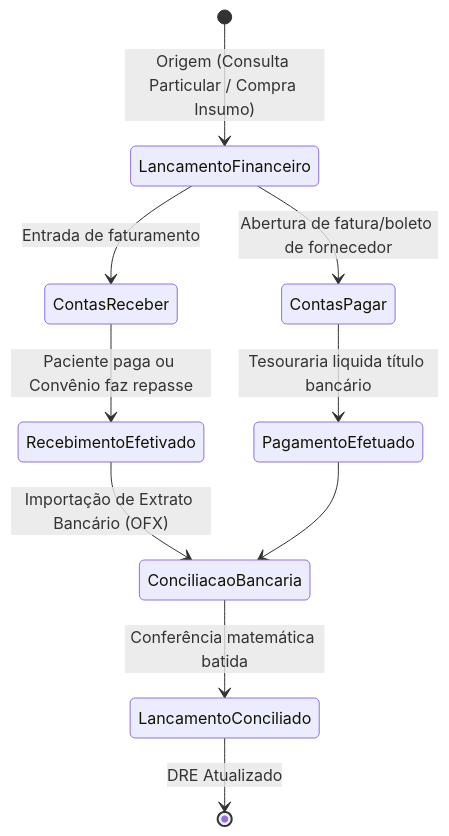
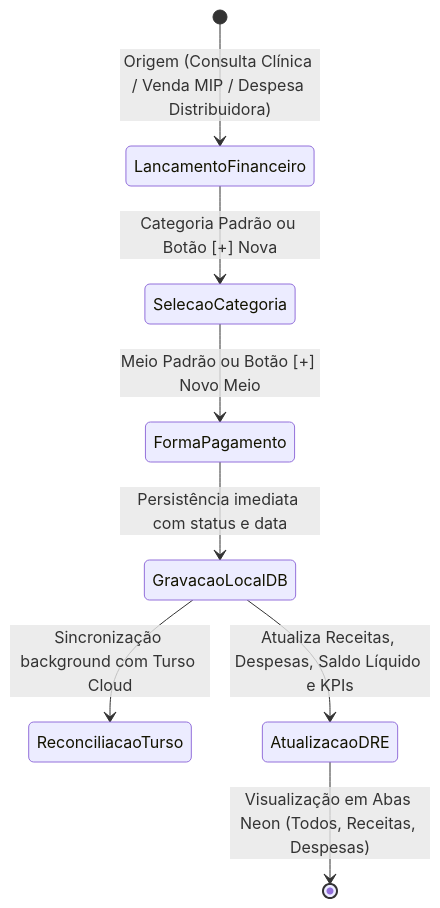
Before and after one commit to Mazzarowysk/crm-clinico-farmaceutic: the first of 2 diagrams in docs/03-Requisitos/11-financeiro.md, drawn with Mermaid. The commit also changed other lines of this file and 4 other files, not shown here.

````diff
--- a/docs/03-Requisitos/11-financeiro.md
+++ b/docs/03-Requisitos/11-financeiro.md
@@ -15,12 +15,10 @@
 ```mermaid
 stateDiagram-v2
-    [*] --> LancamentoFinanceiro : Origem (Consulta Particular / Compra Insumo)
-    LancamentoFinanceiro --> ContasReceber : Entrada de faturamento
-    LancamentoFinanceiro --> ContasPagar : Abertura de fatura/boleto de fornecedor
-    ContasReceber --> RecebimentoEfetivado : Paciente paga ou Convênio faz repasse
-    ContasPagar --> PagamentoEfetuado : Tesouraria liquida título bancário
-    RecebimentoEfetivado --> ConciliacaoBancaria : Importação de Extrato Bancário (OFX)
-    PagamentoEfetuado --> ConciliacaoBancaria
-    ConciliacaoBancaria --> LancamentoConciliado : Conferência matemática batida
-    LancamentoConciliado --> [*] : DRE Atualizado
+    [*] --> LancamentoFinanceiro : Origem (Consulta Clínica / Venda MIP / Despesa Distribuidora)
+    LancamentoFinanceiro --> SelecaoCategoria : Categoria Padrão ou Botão [+] Nova
+    SelecaoCategoria --> FormaPagamento : Meio Padrão ou Botão [+] Novo Meio
+    FormaPagamento --> GravacaoLocalDB : Persistência imediata com status e data
+    GravacaoLocalDB --> ReconciliacaoTurso : Sincronização background com Turso Cloud
+    GravacaoLocalDB --> AtualizacaoDRE : Atualiza Receitas, Despesas, Saldo Líquido e KPIs
+    AtualizacaoDRE --> [*] : Visualização em Abas Neon (Todos, Receitas, Despesas)
 ```
````
